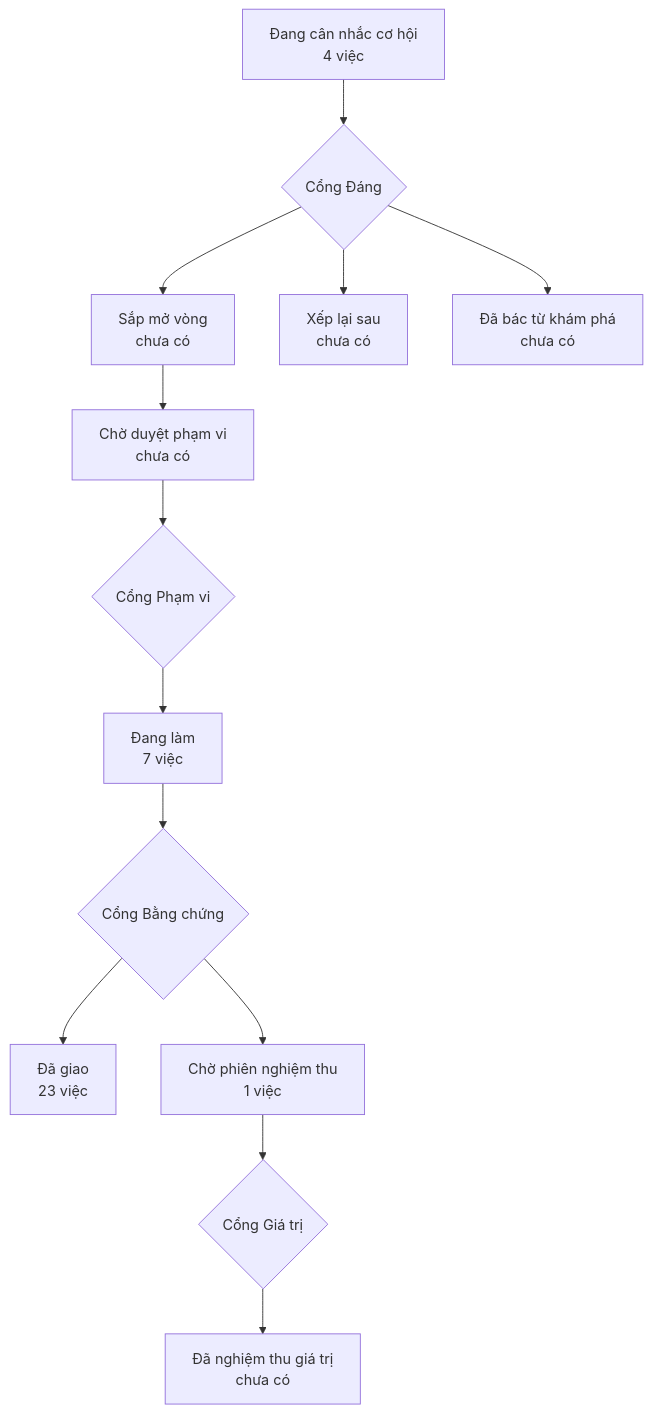
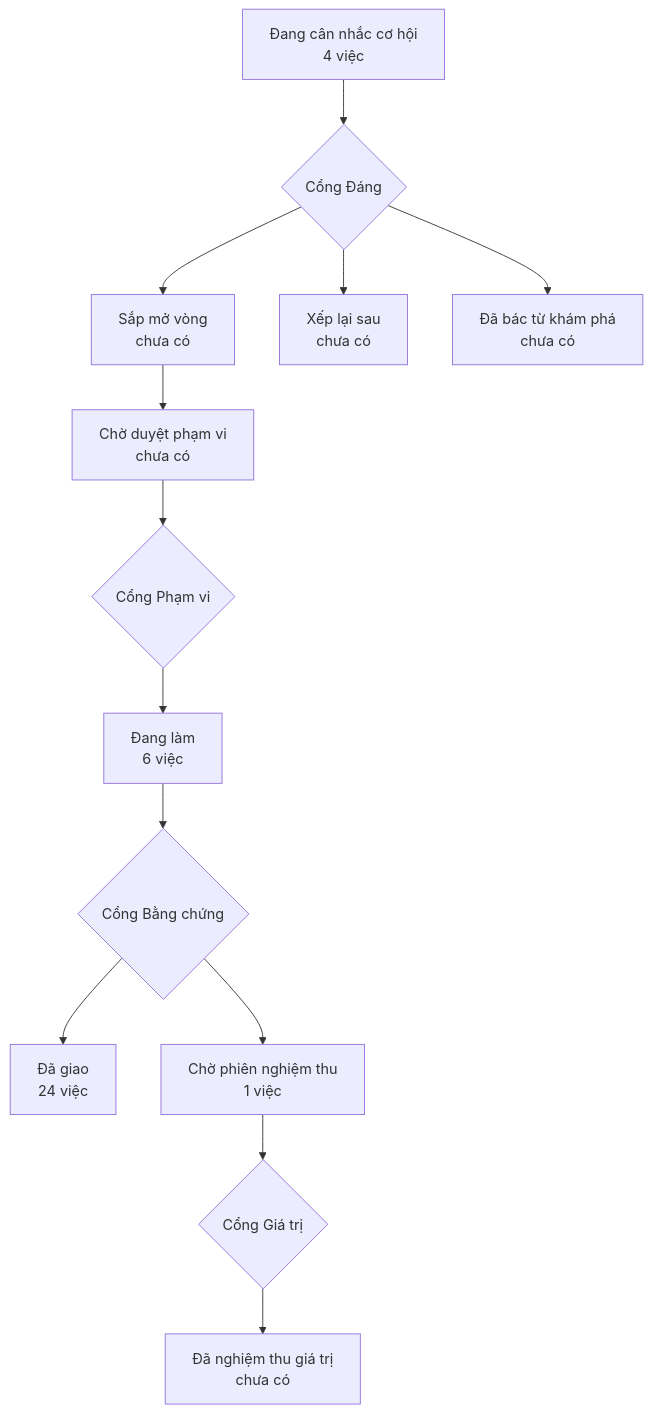
The diagram in PRODUCT-MAP.md (phanlemanh/crm-onehub), drawn with Mermaid before and after one commit. The commit also changed 2 other files, not shown here.

Commit message:
Gate 2 signoff: tran-mot-lan-uy-thac — Manh Phan

````diff
--- a/PRODUCT-MAP.md
+++ b/PRODUCT-MAP.md
@@ -6,12 +6,12 @@
 ```mermaid
 flowchart TD
   A["Đang cân nhắc cơ hội<br/>4 việc"] --> GD{"Cổng Đáng"}
   GD --> B["Sắp mở vòng<br/>chưa có"]
   GD --> XL["Xếp lại sau<br/>chưa có"]
   GD --> DB["Đã bác từ khám phá<br/>chưa có"]
   B --> CD["Chờ duyệt phạm vi<br/>chưa có"] --> GP{"Cổng Phạm vi"}
-  GP --> DL["Đang làm<br/>7 việc"] --> GB{"Cổng Bằng chứng"}
-  GB --> DG["Đã giao<br/>23 việc"]
+  GP --> DL["Đang làm<br/>6 việc"] --> GB{"Cổng Bằng chứng"}
+  GB --> DG["Đã giao<br/>24 việc"]
   GB --> CN["Chờ phiên nghiệm thu<br/>1 việc"] --> GG{"Cổng Giá trị"}
   GG --> NT["Đã nghiệm thu giá trị<br/>chưa có"]
 ```
````
